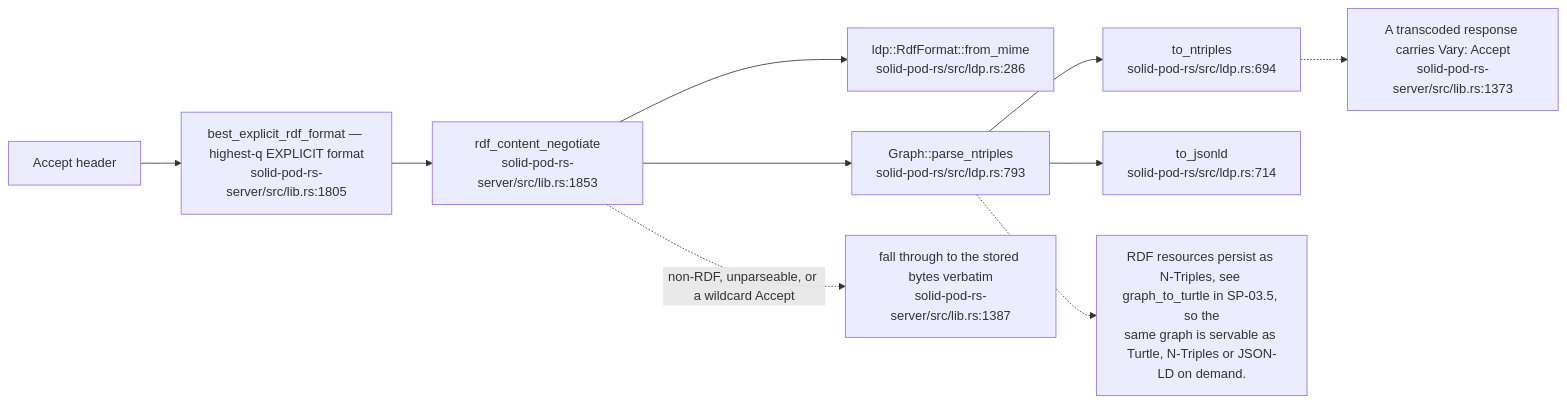
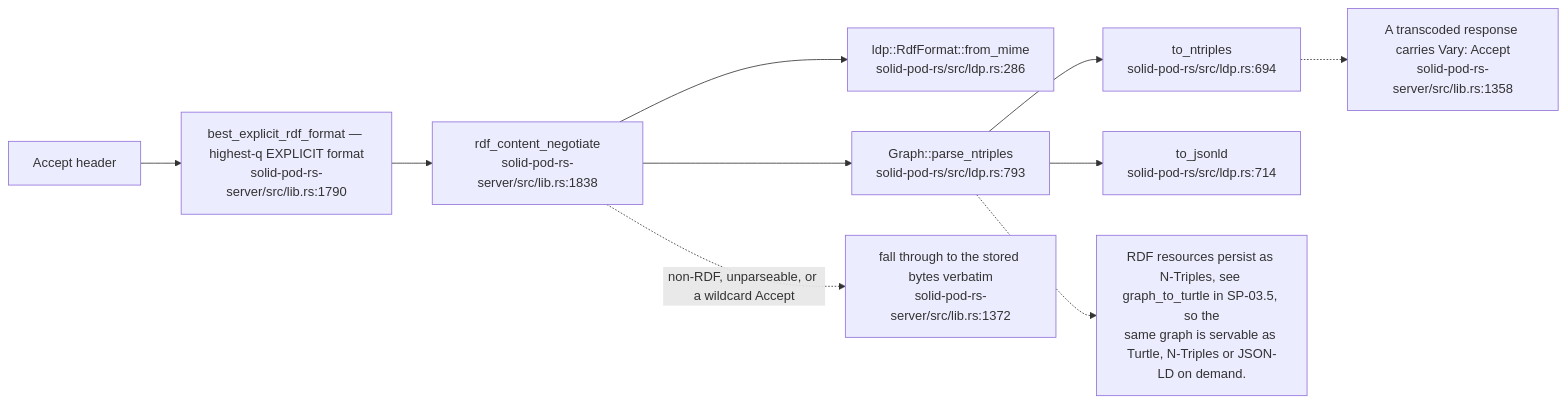
The ninth of 11 diagrams in docs/diagrams/solid-pod-rs/03-ldp-request-lifecycle.md (DreamLab-AI/VisionFlow), drawn with Mermaid before and after one commit. The commit also changed other lines of this file and 21 other files, not shown here.

Commit message:
docs(diagrams): refresh first verified estate batch

````diff
--- a/docs/diagrams/solid-pod-rs/03-ldp-request-lifecycle.md
+++ b/docs/diagrams/solid-pod-rs/03-ldp-request-lifecycle.md
@@ -266,22 +266,22 @@
 ```mermaid
 flowchart LR
     ACC["Accept header"]
-    BEST["best_explicit_rdf_format — highest-q EXPLICIT format<br/>solid-pod-rs-server/src/lib.rs:1805"]
-    NEG["rdf_content_negotiate<br/>solid-pod-rs-server/src/lib.rs:1853"]
+    BEST["best_explicit_rdf_format — highest-q EXPLICIT format<br/>solid-pod-rs-server/src/lib.rs:1790"]
+    NEG["rdf_content_negotiate<br/>solid-pod-rs-server/src/lib.rs:1838"]
     FMT["ldp::RdfFormat::from_mime<br/>solid-pod-rs/src/ldp.rs:286"]
     NT["Graph::parse_ntriples<br/>solid-pod-rs/src/ldp.rs:793"]
     OUT1["to_ntriples<br/>solid-pod-rs/src/ldp.rs:694"]
     OUT2["to_jsonld<br/>solid-pod-rs/src/ldp.rs:714"]
-    VERB["fall through to the stored bytes verbatim<br/>solid-pod-rs-server/src/lib.rs:1387"]
+    VERB["fall through to the stored bytes verbatim<br/>solid-pod-rs-server/src/lib.rs:1372"]
 
     ACC --> BEST --> NEG --> FMT
     NEG --> NT
     NT --> OUT1
     NT --> OUT2
     NEG -. "non-RDF, unparseable, or a wildcard Accept" .-> VERB
 
-    N["A transcoded response carries Vary: Accept<br/>solid-pod-rs-server/src/lib.rs:1373"]
+    N["A transcoded response carries Vary: Accept<br/>solid-pod-rs-server/src/lib.rs:1358"]
     OUT1 -.-> N
     N2["RDF resources persist as N-Triples, see graph_to_turtle in SP-03.5, so the<br/>same graph is servable as Turtle, N-Triples or JSON-LD on demand."]
     NT -.-> N2
 ```
````
